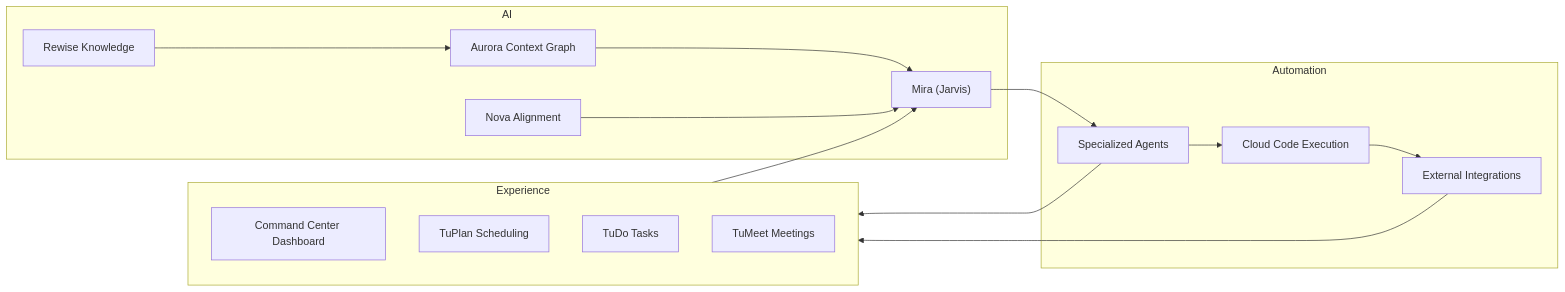
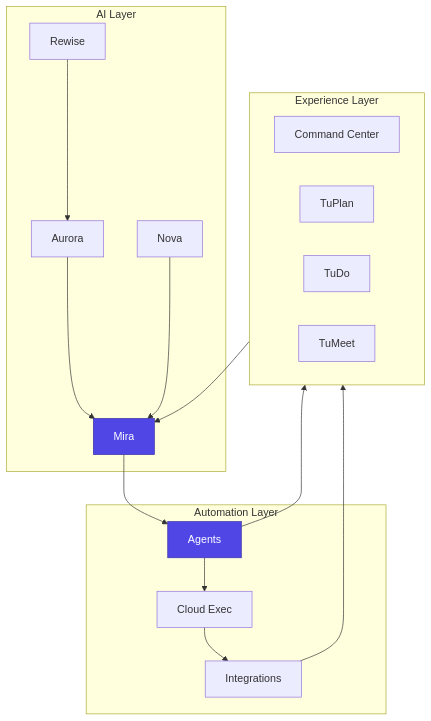
One commit to mad-code333/tuturu changed the diagram in apps/docs/platform/overview.mdx. Above: the diagram before and after it, drawn with Mermaid. The commit also changed 3 other files, not shown here.

Commit message:
refactor(docs): update Mermaid diagrams to improve clarity and consistency across documentation

````diff
--- a/apps/docs/platform/overview.mdx
+++ b/apps/docs/platform/overview.mdx
@@ -20,30 +20,35 @@
 ```mermaid
-flowchart LR
-    subgraph Experience
-    CommandCenter["Command Center Dashboard"]
-    TuPlan["TuPlan Scheduling"]
-    TuDo["TuDo Tasks"]
-    TuMeet["TuMeet Meetings"]
+graph TB
+    subgraph Experience["Experience Layer"]
+        CC["Command Center"]
+        TuPlan["TuPlan"]
+        TuDo["TuDo"]
+        TuMeet["TuMeet"]
     end
-    subgraph AI
-        Mira["Mira (Jarvis)"]
-        Aurora["Aurora Context Graph"]
-        Nova["Nova Alignment"]
-        Rewise["Rewise Knowledge"]
+
+    subgraph AI["AI Layer"]
+        Mira["Mira"]
+        Aurora["Aurora"]
+        Nova["Nova"]
+        Rewise["Rewise"]
     end
-    subgraph Automation
-        Agents["Specialized Agents"]
-        CloudExec["Cloud Code Execution"]
-        Integrations["External Integrations"]
+
+    subgraph Auto["Automation Layer"]
+        Agents["Agents"]
+        Cloud["Cloud Exec"]
+        Int["Integrations"]
     end
 
     Experience --> Mira
     Mira --> Agents
     Agents --> Experience
     Aurora --> Mira
     Nova --> Mira
     Rewise --> Aurora
-    Agents --> CloudExec
-    CloudExec --> Integrations
-    Integrations --> Experience
+    Agents --> Cloud
+    Cloud --> Int
+    Int --> Experience
+
+    style Mira fill:#4f46e5,stroke:#3730a3,color:#fff
+    style Agents fill:#4f46e5,stroke:#3730a3,color:#fff
 ```
````
